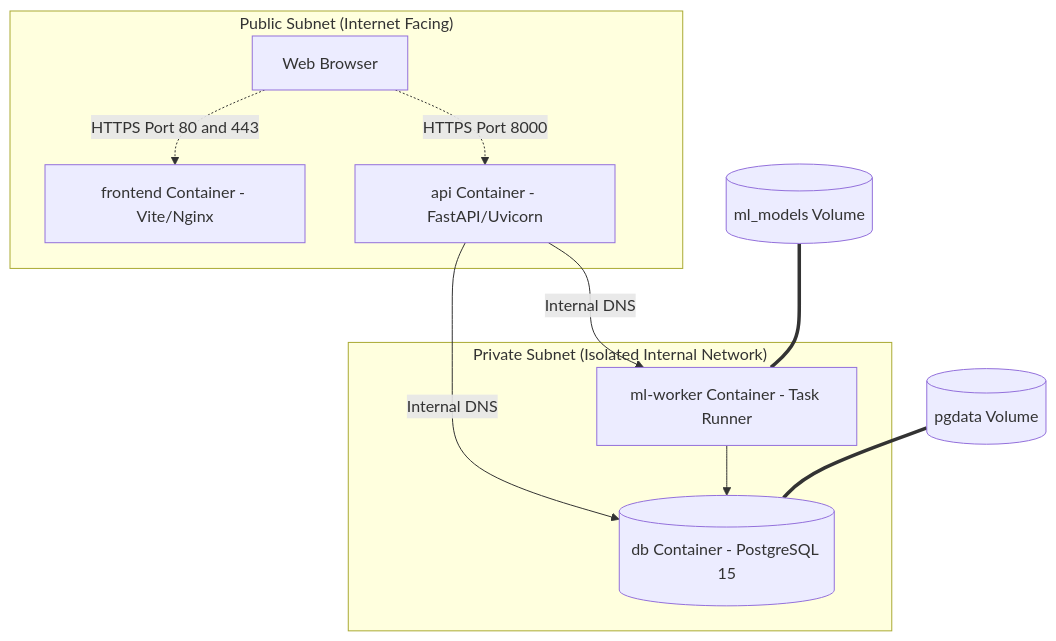
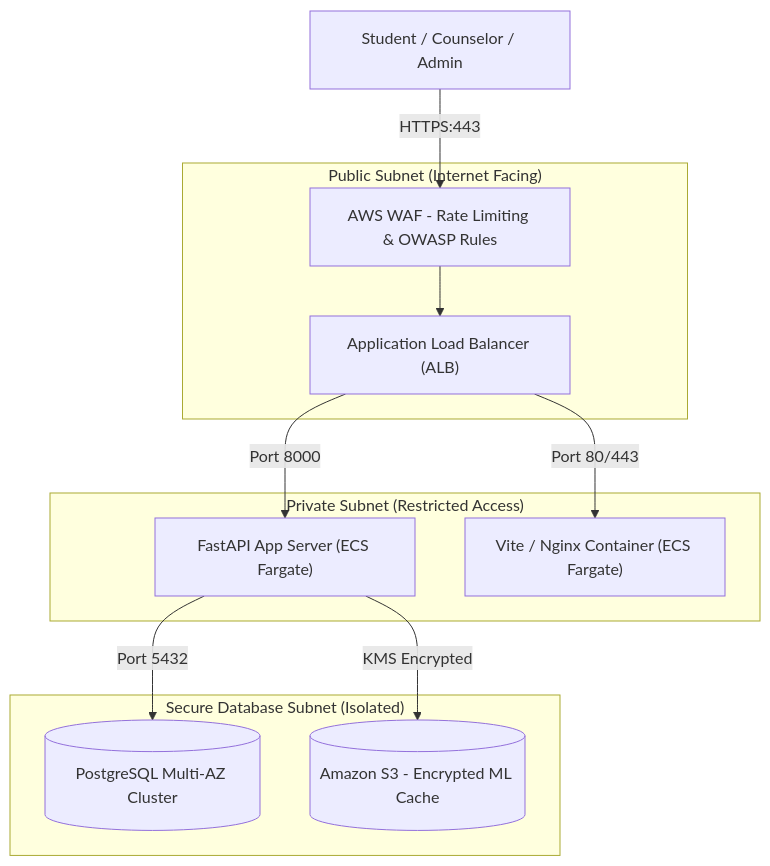
Before and after one commit to PASUPULASAITEJA/MindGuardAI: the second of 5 diagrams in README.md, drawn with Mermaid. The commit also changed other lines of this file, not shown here.

````diff
--- a/README.md
+++ b/README.md
@@ -148,17 +162,24 @@
 ```mermaid
 graph TD
     subgraph PublicSubnet ["Public Subnet (Internet Facing)"]
-        client["Web Browser"] -.->|HTTPS Port 80 and 443| frontend["frontend Container - Vite/Nginx"]
-        client -.->|HTTPS Port 8000| api["api Container - FastAPI/Uvicorn"]
+        ALB["Application Load Balancer (ALB)"]
+        WAF["AWS WAF - Rate Limiting & OWASP Rules"]
     end
 
-    subgraph PrivateSubnet ["Private Subnet (Isolated Internal Network)"]
-        api -->|Internal DNS| db[("db Container - PostgreSQL 15")]
-        api -->|Internal DNS| ml-worker["ml-worker Container - Task Runner"]
-        ml-worker --> db
+    subgraph PrivateSubnet ["Private Subnet (Restricted Access)"]
+        API["FastAPI App Server (ECS Fargate)"]
+        Frontend["Vite / Nginx Container (ECS Fargate)"]
     end
 
-    %% Volumes
-    db_vol[("pgdata Volume")] === db
-    ml_vol[("ml_models Volume")] === ml-worker
+    subgraph SecureDataSubnet ["Secure Database Subnet (Isolated)"]
+        DBInstance[("PostgreSQL Multi-AZ Cluster")]
+        S3Cache[("Amazon S3 - Encrypted ML Cache")]
+    end
+
+    Client["Student / Counselor / Admin"] -->|HTTPS:443| WAF
+    WAF --> ALB
+    ALB -->|Port 80/443| Frontend
+    ALB -->|Port 8000| API
+    API -->|Port 5432| DBInstance
+    API -->|KMS Encrypted| S3Cache
 ```
````
